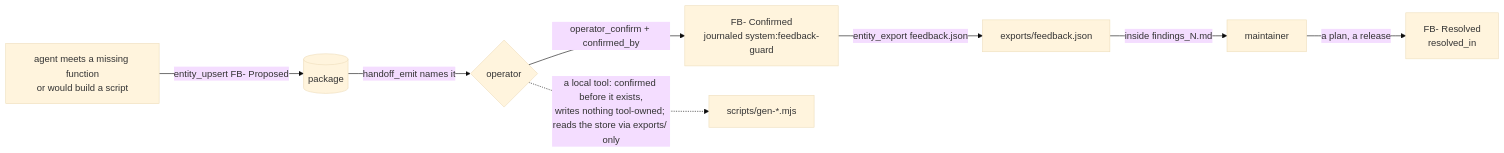
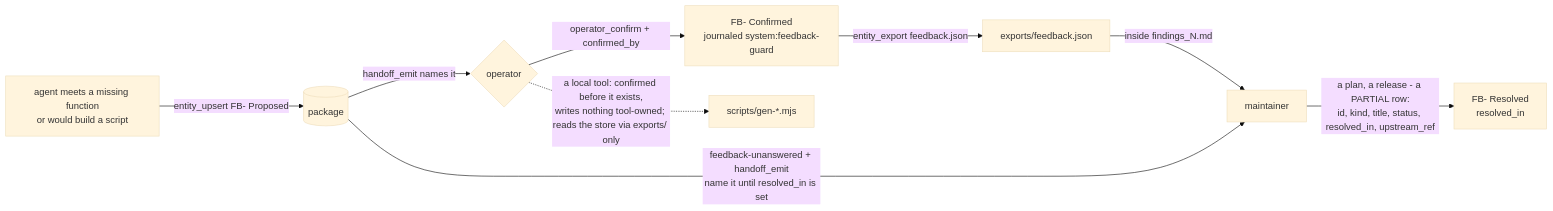
Before and after one commit to A-H-911/tamheed: the first of 3 diagrams in docs/architecture.md, drawn with Mermaid (base theme). The commit also changed other lines of this file and 11 other files, not shown here.

First line of the commit message:
docs: plans 100-102 in every teaching surface and both feedback diagrams (plan 103)

````diff
--- a/docs/architecture.md
+++ b/docs/architecture.md
@@ -99,10 +99,11 @@
 ```mermaid
 flowchart LR
     A["agent meets a missing function\nor would build a script"] -->|entity_upsert FB- Proposed| P[(package)]
     P -->|handoff_emit names it| O{operator}
     O -->|operator_confirm + confirmed_by| C[FB- Confirmed\njournaled system:feedback-guard]
     C -->|entity_export feedback.json| E[exports/feedback.json]
     E -->|inside findings_N.md| M[maintainer]
-    M -->|a plan, a release| R[FB- Resolved\nresolved_in]
+    P -->|feedback-unanswered + handoff_emit\nname it until resolved_in is set| M
+    M -->|a plan, a release - a PARTIAL row:\nid, kind, title, status, resolved_in, upstream_ref| R[FB- Resolved\nresolved_in]
     O -.->|a local tool: confirmed before it exists,\nwrites nothing tool-owned; reads the store via exports/ only| T[scripts/gen-*.mjs]
 ```
````
